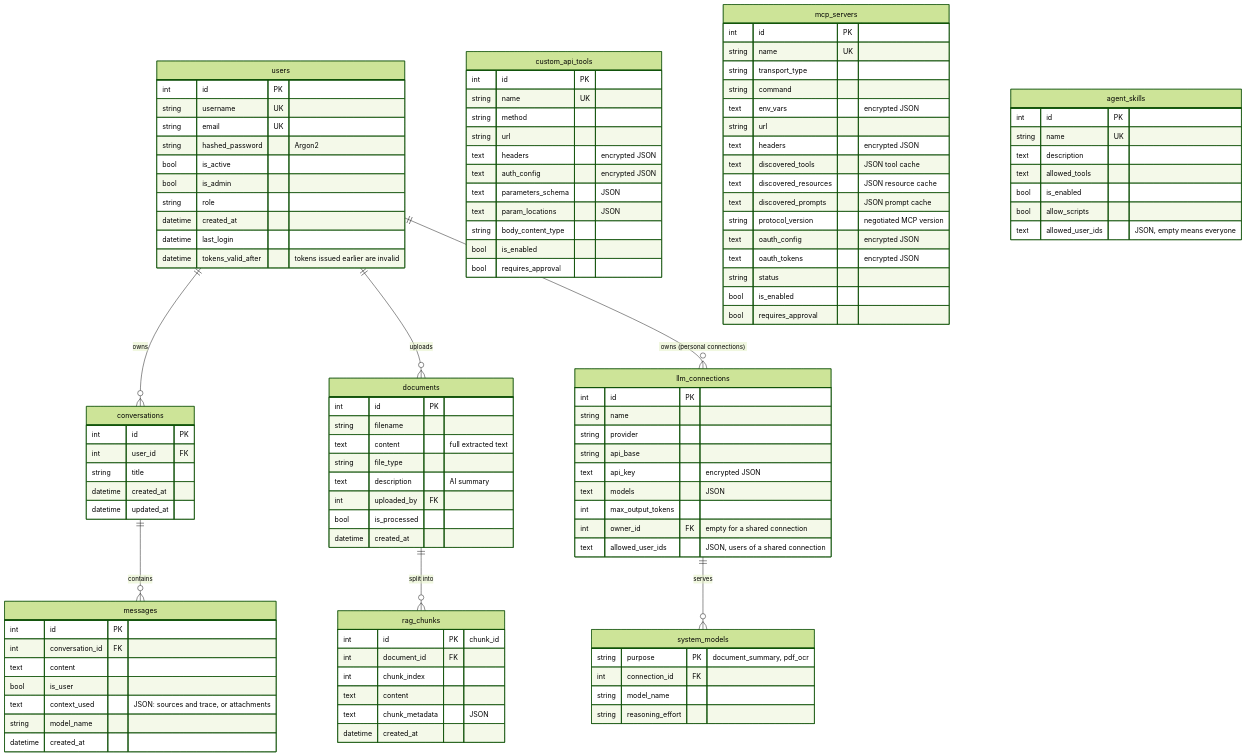
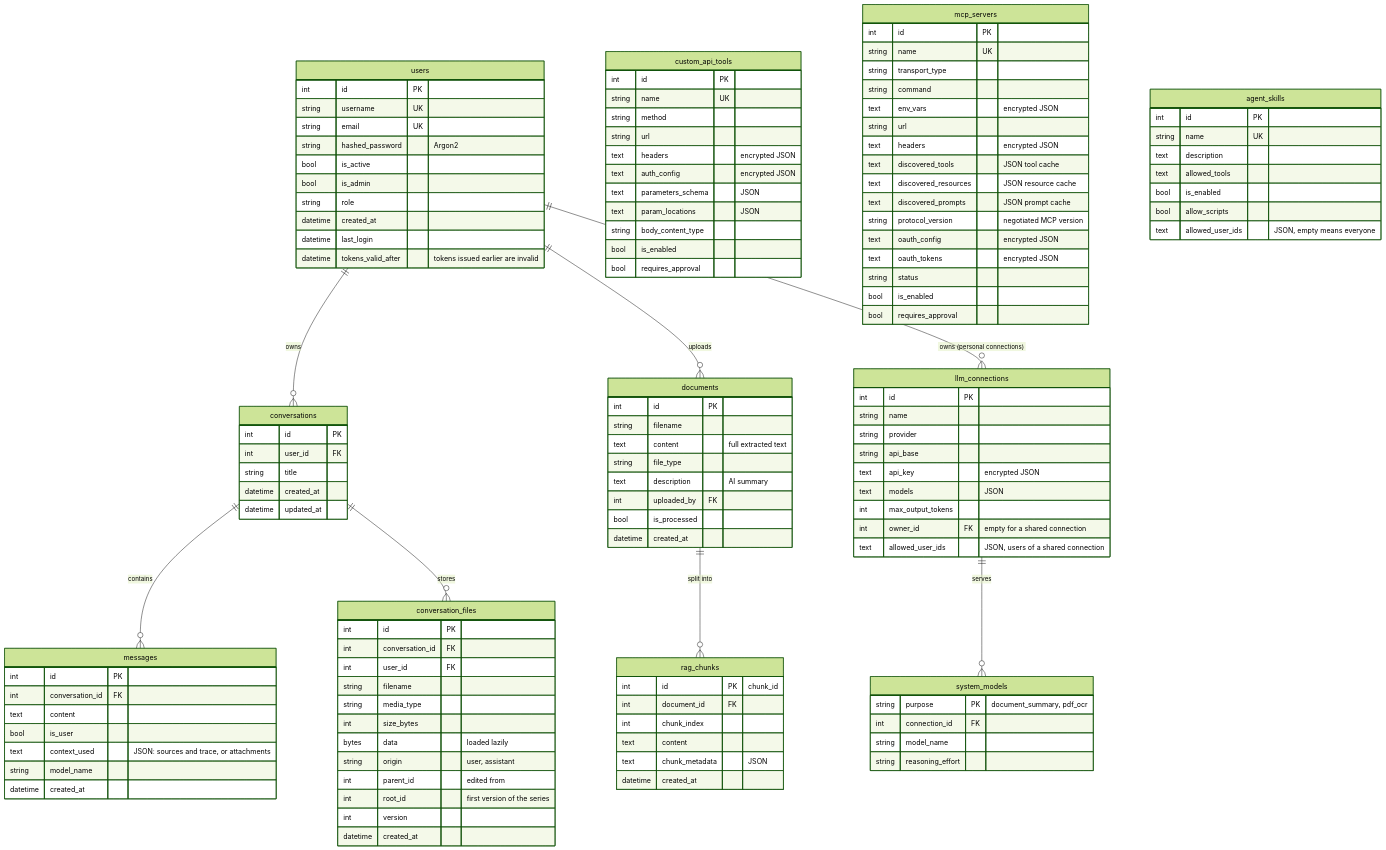
Before and after one commit to Scorpio-meow/AskMiao: the third of 9 diagrams in docs/architecture_en.md, drawn with Mermaid (forest theme). The commit also changed other lines of this file and 66 other files, not shown here.

````diff
--- a/docs/architecture_en.md
+++ b/docs/architecture_en.md
@@ -156,6 +156,7 @@
 erDiagram
     users ||--o{ conversations : "owns"
     conversations ||--o{ messages : "contains"
+    conversations ||--o{ conversation_files : "stores"
     users ||--o{ documents : "uploads"
     documents ||--o{ rag_chunks : "split into"
     users ||--o{ llm_connections : "owns (personal connections)"
@@ -264,4 +265,18 @@
         string model_name
         string reasoning_effort
     }
+    conversation_files {
+        int id PK
+        int conversation_id FK
+        int user_id FK
+        string filename
+        string media_type
+        int size_bytes
+        bytes data "loaded lazily"
+        string origin "user, assistant"
+        int parent_id "edited from"
+        int root_id "first version of the series"
+        int version
+        datetime created_at
+    }
 ```
````
